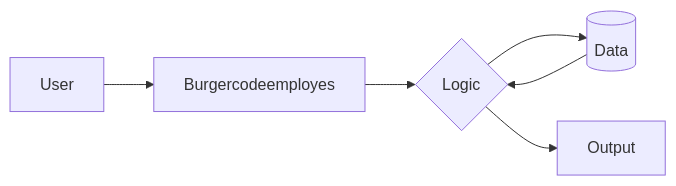
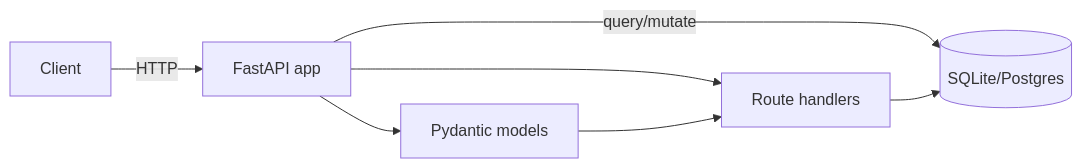
One commit to ALPHAMAN-0/burgerCodeEmployes changed the diagram in README.md. Above: the diagram before and after it, drawn with Mermaid. The commit also changed 27 other files, not shown here.

Commit message:
docs: replace generic architecture diagram with real one

````diff
--- a/README.md
+++ b/README.md
@@ -8,8 +8,9 @@
 ```mermaid
 flowchart LR
-    A[User] --> B[Burgercodeemployes]
-    B --> C{Logic}
-    C --> D[(Data)]
-    C --> E[Output]
-    D --> C
+    Client[Client] -->|HTTP| API[FastAPI app]
+    API -->|query/mutate| DB[(SQLite/Postgres)]
+    API --> Models[Pydantic models]
+    API --> Routes[Route handlers]
+    Routes --> DB
+    Models --> Routes
 ```
````
